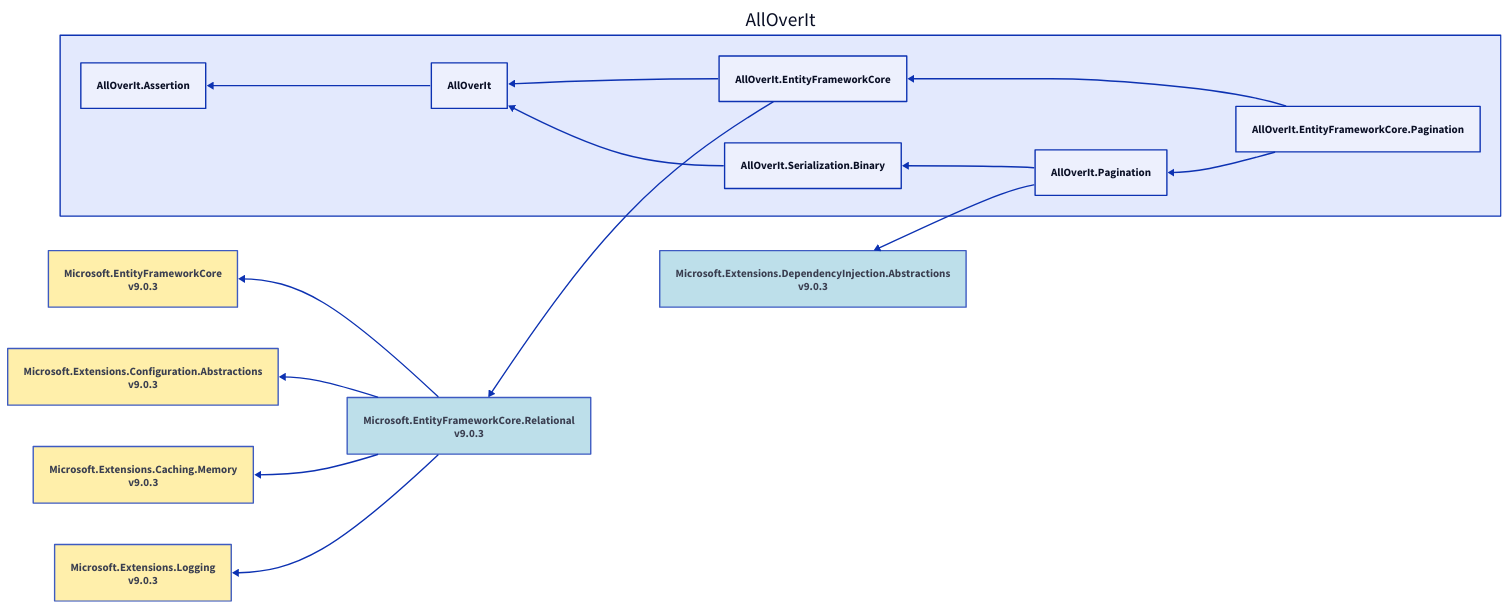
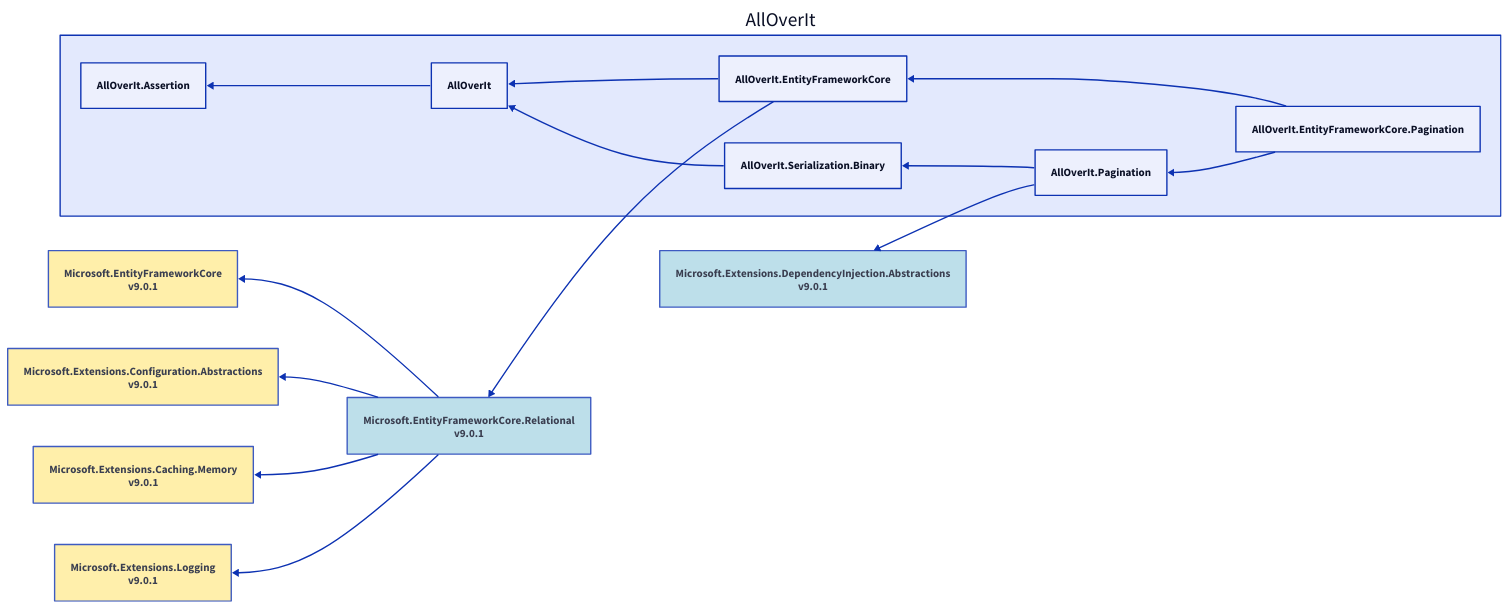
One commit to mjfreelancing/AllOverIt changed the diagram in Docs/Reference/Content/images/dependencies/net9.0/alloverit-entityframeworkcore-pagination.d2. Above: the diagram before and after it, drawn with D2. The commit also changed 65 other files, not shown here.

```diff
--- a/Docs/Reference/Content/images/dependencies/net9.0/alloverit-entityframeworkcore-pagination.d2
+++ b/Docs/Reference/Content/images/dependencies/net9.0/alloverit-entityframeworkcore-pagination.d2
@@ -1,39 +1,39 @@
 direction: left
 
 aoi: AllOverIt
 aoi.alloverit-entityframeworkcore-pagination: AllOverIt.EntityFrameworkCore.Pagination
 aoi.alloverit-entityframeworkcore: AllOverIt.EntityFrameworkCore
-microsoft-entityframeworkcore-relational_9-0-3: Microsoft.EntityFrameworkCore.Relational\nv9.0.3
-microsoft-entityframeworkcore-relational_9-0-3.style.fill: "#ADD8E6"
-microsoft-entityframeworkcore-relational_9-0-3.style.opacity: 0.8
-microsoft-entityframeworkcore_9-0-3: Microsoft.EntityFrameworkCore\nv9.0.3
-microsoft-entityframeworkcore_9-0-3.style.fill: "#FFEC96"
-microsoft-entityframeworkcore_9-0-3.style.opacity: 0.8
-microsoft-entityframeworkcore_9-0-3 <- microsoft-entityframeworkcore-relational_9-0-3
-microsoft-extensions-configuration-abstractions_9-0-3: Microsoft.Extensions.Configuration.Abstractions\nv9.0.3
-microsoft-extensions-configuration-abstractions_9-0-3.style.fill: "#FFEC96"
-microsoft-extensions-configuration-abstractions_9-0-3.style.opacity: 0.8
-microsoft-extensions-configuration-abstractions_9-0-3 <- microsoft-entityframeworkcore-relational_9-0-3
-microsoft-extensions-caching-memory_9-0-3: Microsoft.Extensions.Caching.Memory\nv9.0.3
-microsoft-extensions-caching-memory_9-0-3.style.fill: "#FFEC96"
-microsoft-extensions-caching-memory_9-0-3.style.opacity: 0.8
-microsoft-extensions-caching-memory_9-0-3 <- microsoft-entityframeworkcore-relational_9-0-3
-microsoft-extensions-logging_9-0-3: Microsoft.Extensions.Logging\nv9.0.3
-microsoft-extensions-logging_9-0-3.style.fill: "#FFEC96"
-microsoft-extensions-logging_9-0-3.style.opacity: 0.8
-microsoft-extensions-logging_9-0-3 <- microsoft-entityframeworkcore-relational_9-0-3
-microsoft-entityframeworkcore-relational_9-0-3 <- aoi.alloverit-entityframeworkcore
+microsoft-entityframeworkcore-relational_9-0-1: Microsoft.EntityFrameworkCore.Relational\nv9.0.1
+microsoft-entityframeworkcore-relational_9-0-1.style.fill: "#ADD8E6"
+microsoft-entityframeworkcore-relational_9-0-1.style.opacity: 0.8
+microsoft-entityframeworkcore_9-0-1: Microsoft.EntityFrameworkCore\nv9.0.1
+microsoft-entityframeworkcore_9-0-1.style.fill: "#FFEC96"
+microsoft-entityframeworkcore_9-0-1.style.opacity: 0.8
+microsoft-entityframeworkcore_9-0-1 <- microsoft-entityframeworkcore-relational_9-0-1
+microsoft-extensions-configuration-abstractions_9-0-1: Microsoft.Extensions.Configuration.Abstractions\nv9.0.1
+microsoft-extensions-configuration-abstractions_9-0-1.style.fill: "#FFEC96"
+microsoft-extensions-configuration-abstractions_9-0-1.style.opacity: 0.8
+microsoft-extensions-configuration-abstractions_9-0-1 <- microsoft-entityframeworkcore-relational_9-0-1
+microsoft-extensions-caching-memory_9-0-1: Microsoft.Extensions.Caching.Memory\nv9.0.1
+microsoft-extensions-caching-memory_9-0-1.style.fill: "#FFEC96"
+microsoft-extensions-caching-memory_9-0-1.style.opacity: 0.8
+microsoft-extensions-caching-memory_9-0-1 <- microsoft-entityframeworkcore-relational_9-0-1
+microsoft-extensions-logging_9-0-1: Microsoft.Extensions.Logging\nv9.0.1
+microsoft-extensions-logging_9-0-1.style.fill: "#FFEC96"
+microsoft-extensions-logging_9-0-1.style.opacity: 0.8
+microsoft-extensions-logging_9-0-1 <- microsoft-entityframeworkcore-relational_9-0-1
+microsoft-entityframeworkcore-relational_9-0-1 <- aoi.alloverit-entityframeworkcore
 aoi.alloverit: AllOverIt
 aoi.alloverit-assertion: AllOverIt.Assertion
 aoi.alloverit-assertion <- aoi.alloverit
 aoi.alloverit <- aoi.alloverit-entityframeworkcore
 aoi.alloverit-entityframeworkcore <- aoi.alloverit-entityframeworkcore-pagination
 aoi.alloverit-pagination: AllOverIt.Pagination
-microsoft-extensions-dependencyinjection-abstractions_9-0-3: Microsoft.Extensions.DependencyInjection.Abstractions\nv9.0.3
-microsoft-extensions-dependencyinjection-abstractions_9-0-3.style.fill: "#ADD8E6"
-microsoft-extensions-dependencyinjection-abstractions_9-0-3.style.opacity: 0.8
-microsoft-extensions-dependencyinjection-abstractions_9-0-3 <- aoi.alloverit-pagination
+microsoft-extensions-dependencyinjection-abstractions_9-0-1: Microsoft.Extensions.DependencyInjection.Abstractions\nv9.0.1
+microsoft-extensions-dependencyinjection-abstractions_9-0-1.style.fill: "#ADD8E6"
+microsoft-extensions-dependencyinjection-abstractions_9-0-1.style.opacity: 0.8
+microsoft-extensions-dependencyinjection-abstractions_9-0-1 <- aoi.alloverit-pagination
 aoi.alloverit-serialization-binary: AllOverIt.Serialization.Binary
 aoi.alloverit <- aoi.alloverit-serialization-binary
 aoi.alloverit-serialization-binary <- aoi.alloverit-pagination
 aoi.alloverit-pagination <- aoi.alloverit-entityframeworkcore-pagination
```
